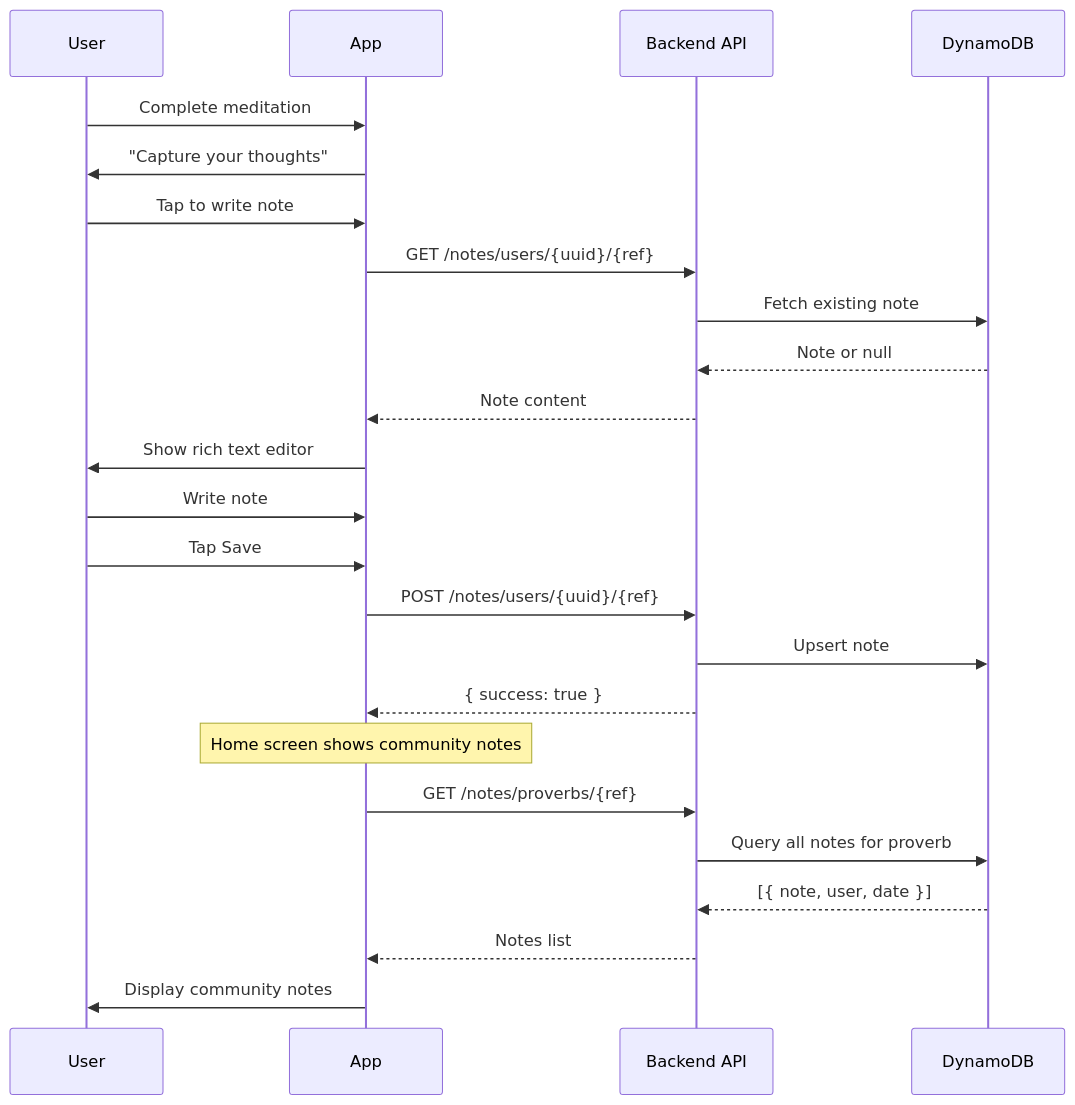
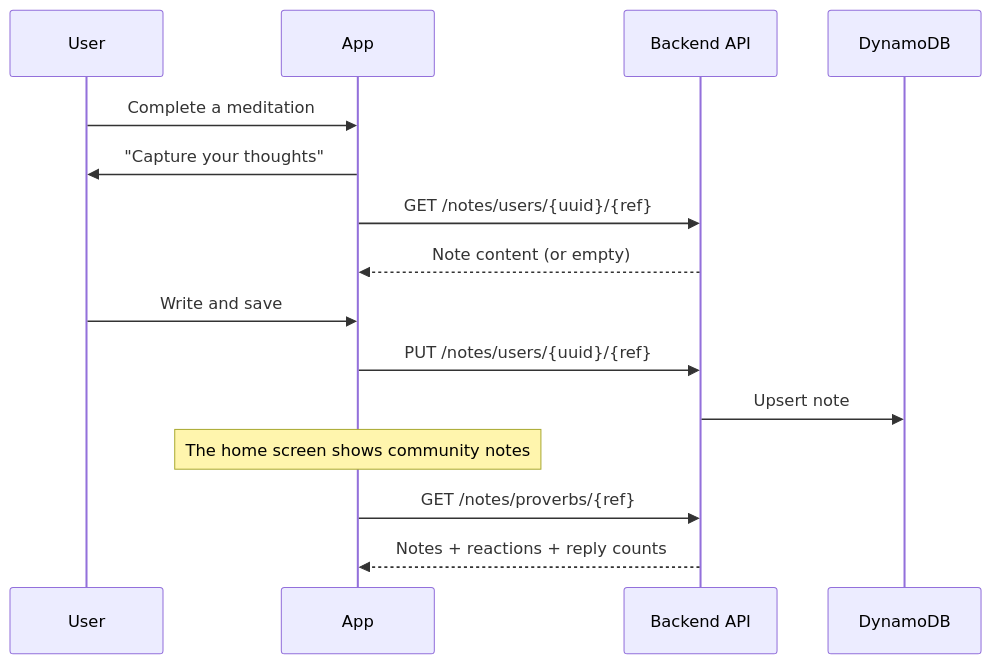
The fifth of 5 diagrams in README.md (joshp93/LemuelApp), drawn with Mermaid before and after one commit. The commit also changed other lines of this file and 47 other files, not shown here.

````diff
--- a/README.md
+++ b/README.md
@@ -129,28 +135,19 @@
 ```mermaid
 sequenceDiagram
     participant User
     participant App
     participant API as Backend API
     participant DB as DynamoDB
 
-    User->>App: Complete meditation
+    User->>App: Complete a meditation
     App->>User: "Capture your thoughts"
-    User->>App: Tap to write note
     App->>API: GET /notes/users/{uuid}/{ref}
-    API->>DB: Fetch existing note
-    DB-->>API: Note or null
-    API-->>App: Note content
-    App->>User: Show rich text editor
-    User->>App: Write note
-    User->>App: Tap Save
-    App->>API: POST /notes/users/{uuid}/{ref}
+    API-->>App: Note content (or empty)
+    User->>App: Write and save
+    App->>API: PUT /notes/users/{uuid}/{ref}
     API->>DB: Upsert note
-    API-->>App: { success: true }
 
-    Note over App: Home screen shows community notes
+    Note over App: The home screen shows community notes
     App->>API: GET /notes/proverbs/{ref}
-    API->>DB: Query all notes for proverb
-    DB-->>API: [{ note, user, date }]
-    API-->>App: Notes list
-    App->>User: Display community notes
+    API-->>App: Notes + reactions + reply counts
 ```
````
